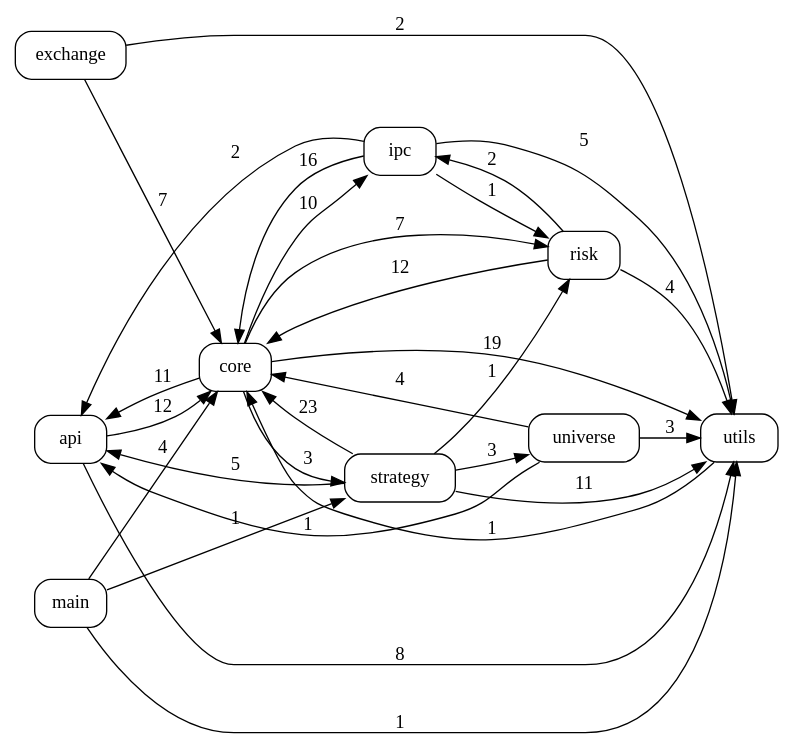
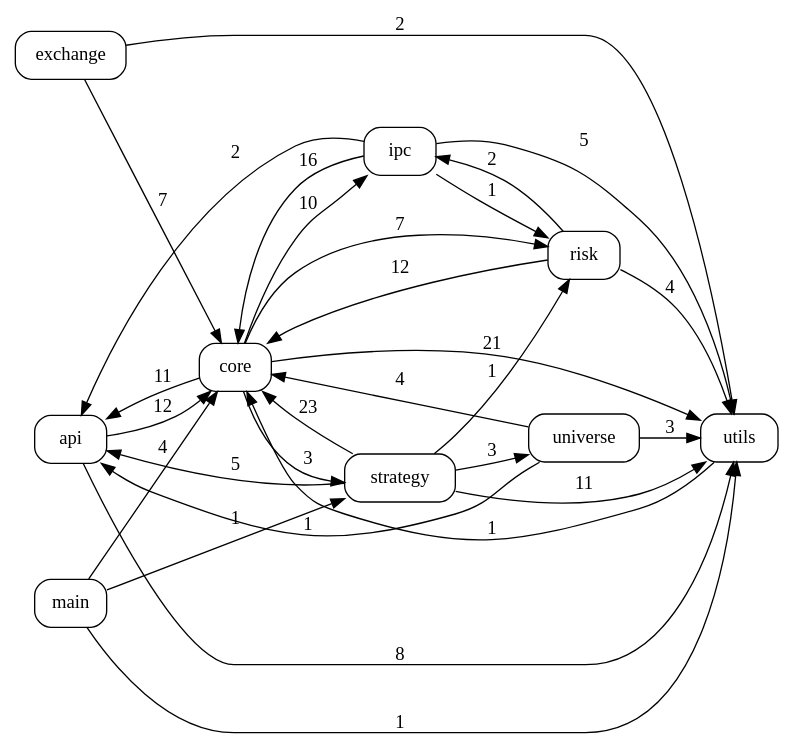
One commit to pypy8171/Quant changed the diagram in docs/code_graph.dot. Above: the diagram before and after it, drawn with Graphviz. The commit also changed 11 other files, not shown here.

```diff
--- a/docs/code_graph.dot
+++ b/docs/code_graph.dot
@@ -1,41 +1,41 @@
 digraph code_graph {
   rankdir=LR;
   node [shape=box, style=rounded, fontname="Consolas"];
   "api";
   "core";
   "exchange";
   "ipc";
   "main";
   "risk";
   "strategy";
   "universe";
   "utils";
   "api" -> "core" [label="12"];
   "api" -> "utils" [label="8"];
   "core" -> "api" [label="11"];
   "core" -> "ipc" [label="10"];
   "core" -> "risk" [label="7"];
   "core" -> "strategy" [label="3"];
-  "core" -> "utils" [label="19"];
+  "core" -> "utils" [label="21"];
   "exchange" -> "core" [label="7"];
   "exchange" -> "utils" [label="2"];
   "ipc" -> "api" [label="2"];
   "ipc" -> "core" [label="16"];
   "ipc" -> "risk" [label="1"];
   "ipc" -> "utils" [label="5"];
   "main" -> "core" [label="4"];
   "main" -> "strategy" [label="1"];
   "main" -> "utils" [label="1"];
   "risk" -> "core" [label="12"];
   "risk" -> "ipc" [label="2"];
   "risk" -> "utils" [label="4"];
   "strategy" -> "api" [label="5"];
   "strategy" -> "core" [label="23"];
   "strategy" -> "risk" [label="1"];
   "strategy" -> "universe" [label="3"];
   "strategy" -> "utils" [label="11"];
   "universe" -> "api" [label="1"];
   "universe" -> "core" [label="4"];
   "universe" -> "utils" [label="3"];
   "utils" -> "core" [label="1"];
 }
```
